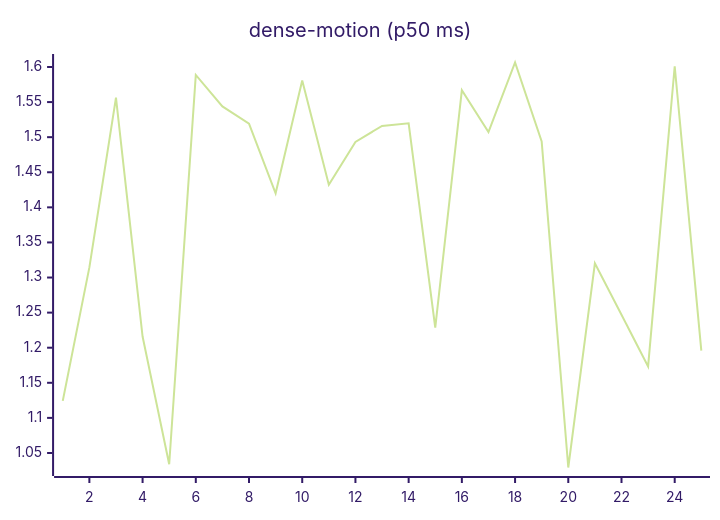
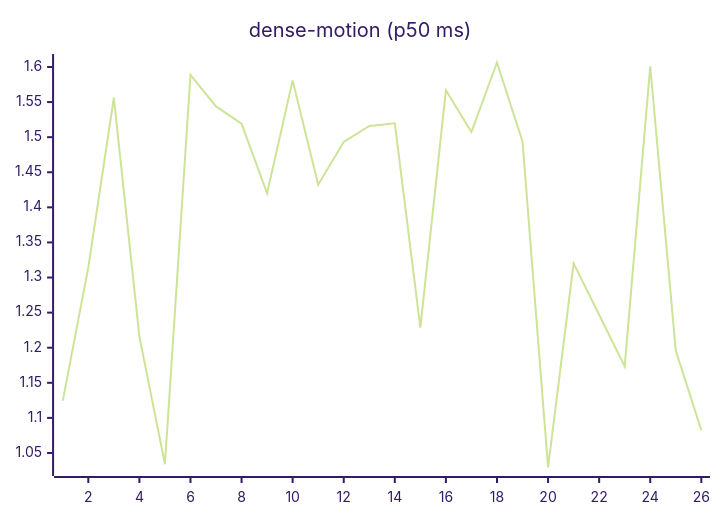
Before and after one commit to josha/Facet: the ninth of 27 diagrams in README.md, drawn with Mermaid (forest theme). The commit also changed other lines of this file and 2 other files, not shown here.

````diff
--- a/README.md
+++ b/README.md
@@ -119,6 +119,6 @@
 ```mermaid
 xychart-beta
     title "dense-motion (p50 ms)"
-    x-axis 1 --> 25
-    line [1.1243, 1.3144, 1.5562, 1.2159, 1.0340, 1.5887, 1.5438, 1.5193, 1.4201, 1.5809, 1.4323, 1.4933, 1.5160, 1.5198, 1.2285, 1.5668, 1.5073, 1.6064, 1.4938, 1.0293, 1.3202, 1.2469, 1.1733, 1.6011, 1.1959]
+    x-axis 1 --> 26
+    line [1.1243, 1.3144, 1.5562, 1.2159, 1.0340, 1.5887, 1.5438, 1.5193, 1.4201, 1.5809, 1.4323, 1.4933, 1.5160, 1.5198, 1.2285, 1.5668, 1.5073, 1.6064, 1.4938, 1.0293, 1.3202, 1.2469, 1.1733, 1.6011, 1.1959, 1.0823]
 ```
````
